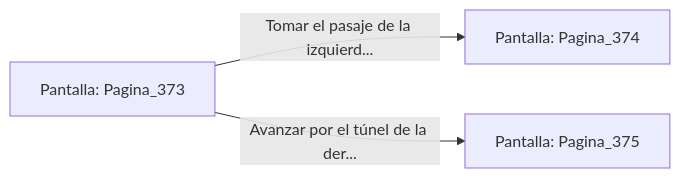
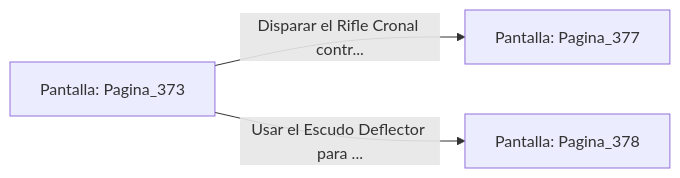
The diagram in sample/eligejuego-vault/Pantalla_Pagina_373.md (metsuke/mpl), drawn with Mermaid before and after one commit. The commit also changed other lines of this file and 635 other files, not shown here.

First line of the commit message:
fix: añadir Pagina_1 como pantalla inicial en capitulo_01.mpl

````diff
--- a/sample/eligejuego-vault/Pantalla_Pagina_373.md
+++ b/sample/eligejuego-vault/Pantalla_Pagina_373.md
@@ -20,6 +24,6 @@
 ```mermaid
 graph LR
     P_Pagina_373["Pantalla: Pagina_373"]
-    P_Pagina_373 -->|"Tomar el pasaje de la izquierd..."| P_Pagina_374["Pantalla: Pagina_374"]
-    P_Pagina_373 -->|"Avanzar por el túnel de la der..."| P_Pagina_375["Pantalla: Pagina_375"]
+    P_Pagina_373 -->|"Disparar el Rifle Cronal contr..."| P_Pagina_377["Pantalla: Pagina_377"]
+    P_Pagina_373 -->|"Usar el Escudo Deflector para ..."| P_Pagina_378["Pantalla: Pagina_378"]
 ```
````
